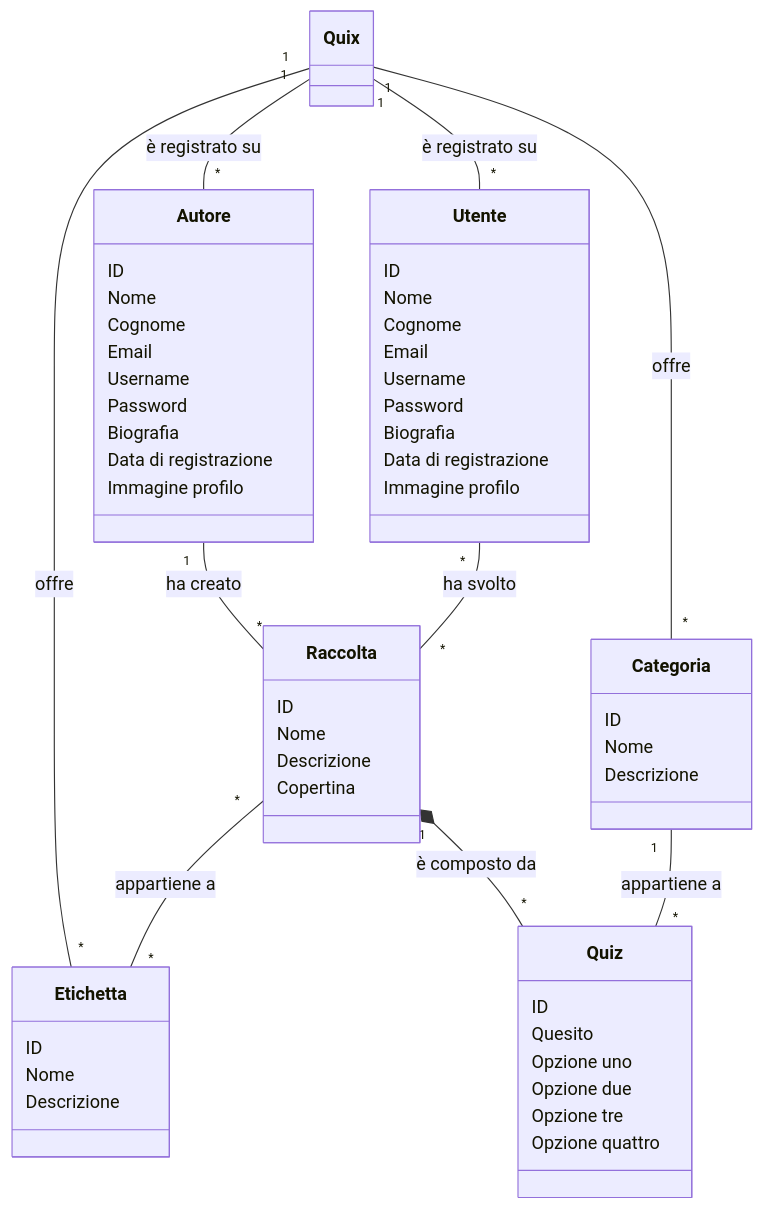
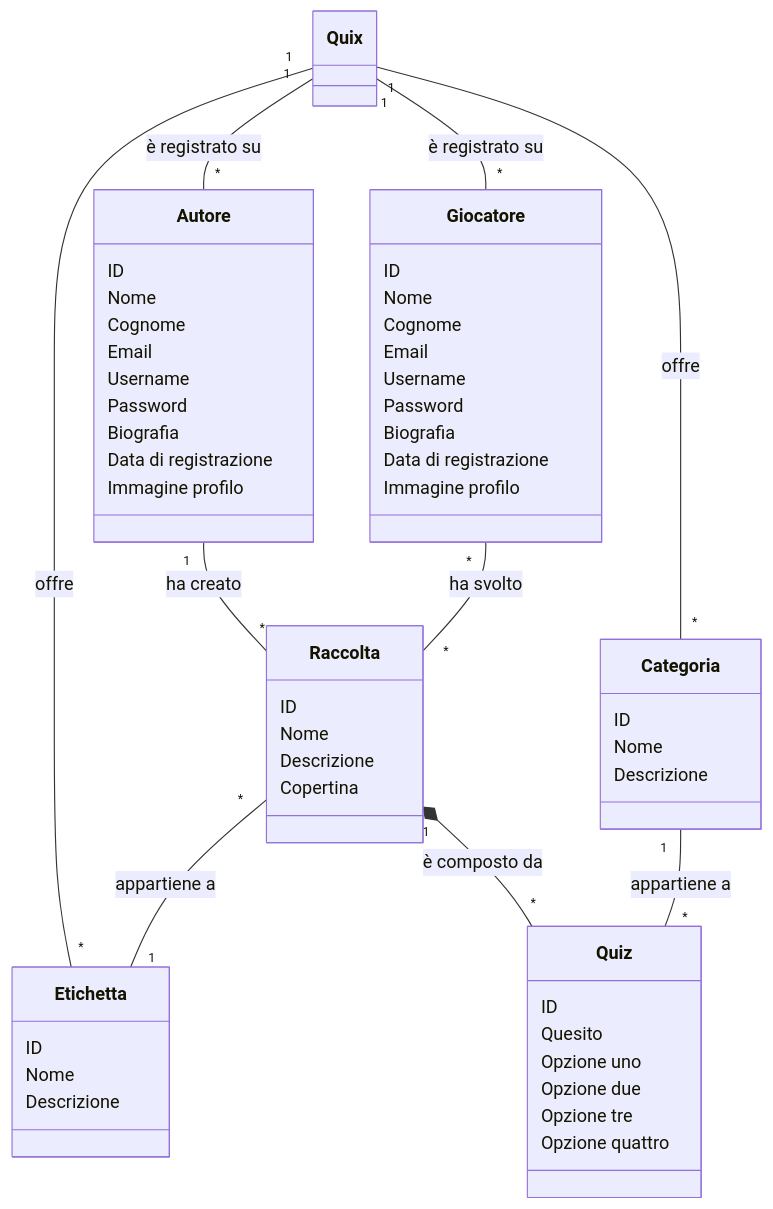
Before and after one commit to SicMic/Quix: the first of 9 diagrams in README.md, drawn with Mermaid. The commit also changed other lines of this file and 21 other files, not shown here.

````diff
--- a/README.md
+++ b/README.md
@@ -23,68 +36,68 @@
 ```mermaid
 classDiagram
 
     class Quix {
     }
 
     class Autore {
         ID
         Nome
         Cognome
         Email
         Username
         Password
         Biografia
         Data di registrazione
         Immagine profilo
     }
 
-    class Utente {
+    class Giocatore {
         ID
         Nome
         Cognome
         Email
         Username
         Password
         Biografia
         Data di registrazione
         Immagine profilo
     }
 
     class Raccolta {
         ID
         Nome
         Descrizione
         Copertina
     }
 
     class Quiz {
         ID
         Quesito
         Opzione uno
         Opzione due
         Opzione tre
         Opzione quattro
     }
 
     class Etichetta {
         ID
         Nome
         Descrizione
     }
 
     class Categoria {
         ID
         Nome
         Descrizione
     }
 
     Quix "1" -- "*" Autore : è registrato su
-    Quix "1" -- "*" Utente : è registrato su
+    Quix "1" -- "*" Giocatore : è registrato su
     Quix "1" -- "*" Etichetta : offre
     Quix "1" -- "*" Categoria : offre
     Autore "1" -- "*" Raccolta : ha creato
-    Utente "*" -- "*" Raccolta : ha svolto
-    Raccolta "*" -- "*" Etichetta : appartiene a
+    Giocatore "*" -- "*" Raccolta : ha svolto
+    Raccolta "*" -- "1" Etichetta : appartiene a
     Raccolta "1" *-- "*" Quiz : è composto da
     Categoria "1" -- "*" Quiz : appartiene a
 ```
````
